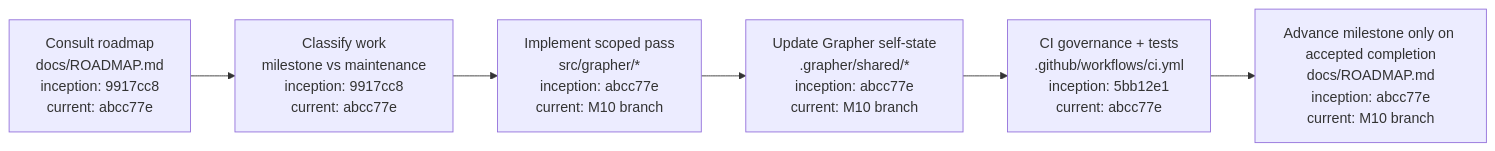
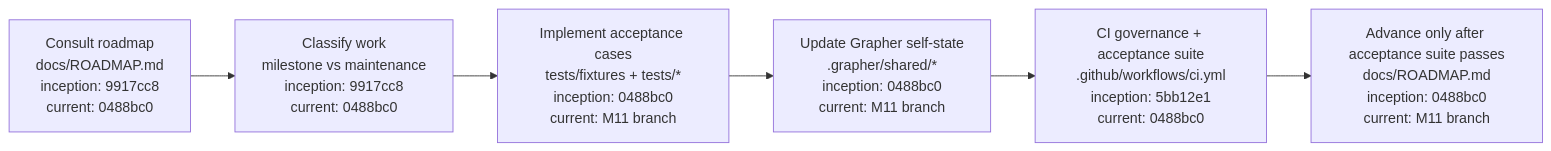
Before and after one commit to seanbman/grapher: the diagram in docs/ROADMAP.md, drawn with Mermaid. The commit also changed other lines of this file, not shown here.

Commit message:
docs: advance roadmap to M11

````diff
--- a/docs/ROADMAP.md
+++ b/docs/ROADMAP.md
@@ -48,11 +48,11 @@
 ```mermaid
 flowchart LR
-    READ["Consult roadmap\ndocs/ROADMAP.md\ninception: 9917cc8\ncurrent: abcc77e"]
-    CLASSIFY["Classify work\nmilestone vs maintenance\ninception: 9917cc8\ncurrent: abcc77e"]
-    EXECUTE["Implement scoped pass\nsrc/grapher/*\ninception: abcc77e\ncurrent: M10 branch"]
-    GRAPH["Update Grapher self-state\n.grapher/shared/*\ninception: abcc77e\ncurrent: M10 branch"]
-    CI["CI governance + tests\n.github/workflows/ci.yml\ninception: 5bb12e1\ncurrent: abcc77e"]
-    ADVANCE["Advance milestone only on accepted completion\ndocs/ROADMAP.md\ninception: abcc77e\ncurrent: M10 branch"]
+    READ["Consult roadmap\ndocs/ROADMAP.md\ninception: 9917cc8\ncurrent: 0488bc0"]
+    CLASSIFY["Classify work\nmilestone vs maintenance\ninception: 9917cc8\ncurrent: 0488bc0"]
+    EXECUTE["Implement acceptance cases\ntests/fixtures + tests/*\ninception: 0488bc0\ncurrent: M11 branch"]
+    GRAPH["Update Grapher self-state\n.grapher/shared/*\ninception: 0488bc0\ncurrent: M11 branch"]
+    CI["CI governance + acceptance suite\n.github/workflows/ci.yml\ninception: 5bb12e1\ncurrent: 0488bc0"]
+    ADVANCE["Advance only after acceptance suite passes\ndocs/ROADMAP.md\ninception: 0488bc0\ncurrent: M11 branch"]
 
     READ --> CLASSIFY --> EXECUTE --> GRAPH --> CI --> ADVANCE
 ```
````
